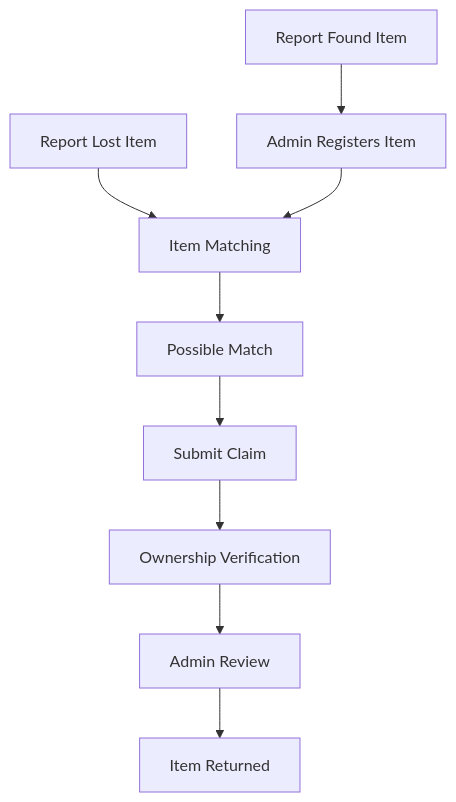
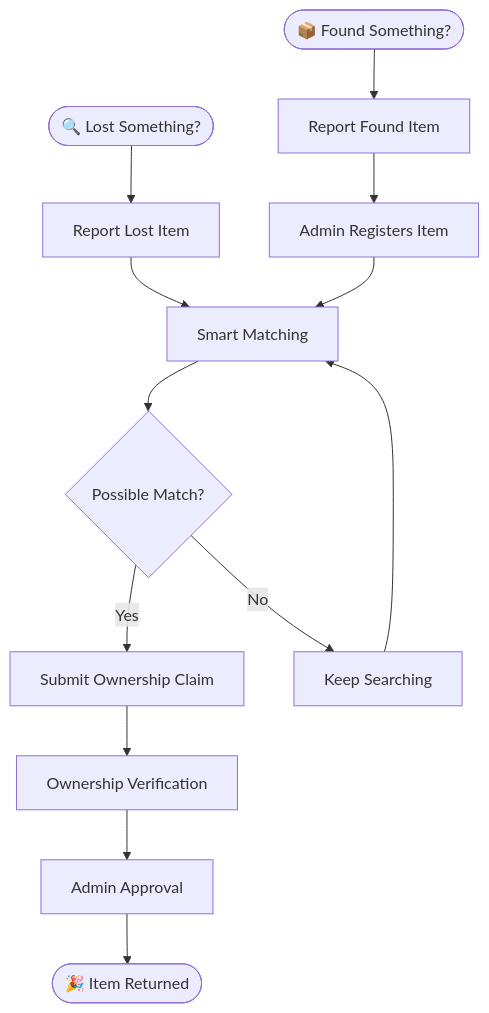
One commit to Joharashaikh0725/CampusFind changed the diagram in README.md. Above: the diagram before and after it, drawn with Mermaid. The commit also changed other lines of this file, not shown here.

````diff
--- a/README.md
+++ b/README.md
@@ -42,11 +82,15 @@
 ```mermaid
 flowchart TD
-    A[Report Lost Item] --> C[Item Matching]
-    B[Report Found Item] --> D[Admin Registers Item]
-    D --> C
-    C --> E[Possible Match]
-    E --> F[Submit Claim]
-    F --> G[Ownership Verification]
-    G --> H[Admin Review]
-    H --> I[Item Returned]
+    A(["🔍 Lost Something?"]) --> B["Report Lost Item"]
+    C(["📦 Found Something?"]) --> D["Report Found Item"]
+    D --> E["Admin Registers Item"]
+    B --> F["Smart Matching"]
+    E --> F
+    F --> G{"Possible Match?"}
+    G -->|Yes| H["Submit Ownership Claim"]
+    G -->|No| I["Keep Searching"]
+    I --> F
+    H --> J["Ownership Verification"]
+    J --> K["Admin Approval"]
+    K --> L(["🎉 Item Returned"])
 ```
````
